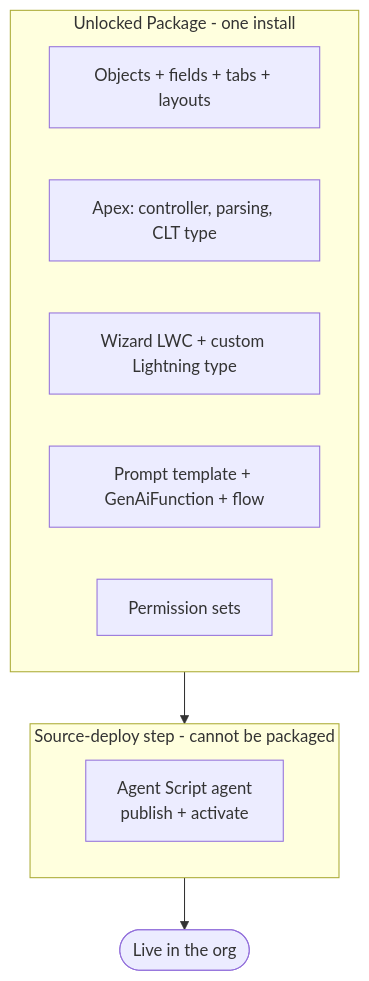
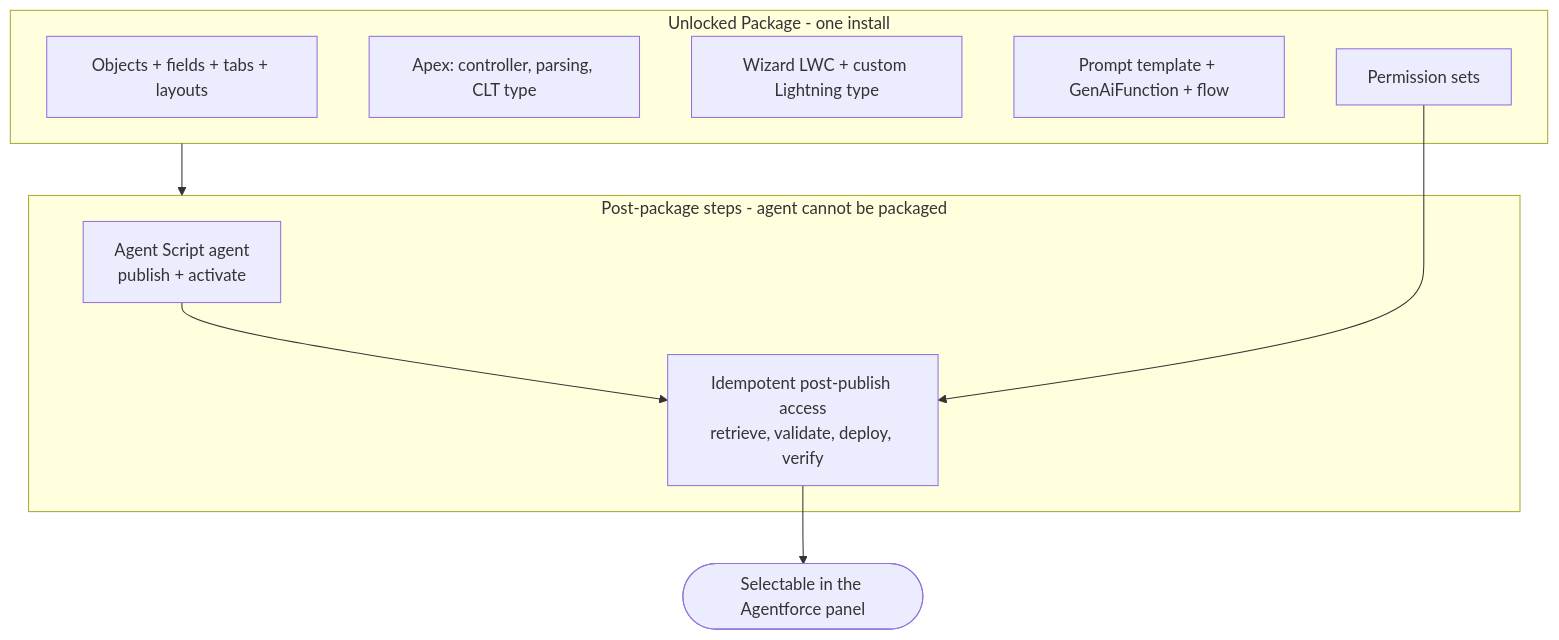
Before and after one commit to salesforce/Resume_Parser: the sixth of 6 diagrams in RESUME_PARSER_ARCHITECTURE.md, drawn with Mermaid. The commit also changed other lines of this file and 22 other files, not shown here.

````diff
--- a/RESUME_PARSER_ARCHITECTURE.md
+++ b/RESUME_PARSER_ARCHITECTURE.md
@@ -199,15 +235,18 @@
 ```mermaid
 flowchart TD
     subgraph PKG [Unlocked Package - one install]
       OBJ[Objects + fields + tabs + layouts]
       APX[Apex: controller, parsing, CLT type]
       LWC[Wizard LWC + custom Lightning type]
       PT[Prompt template + GenAiFunction + flow]
       PS[Permission sets]
     end
-    subgraph STEP [Source-deploy step - cannot be packaged]
+    subgraph STEP [Post-package steps - agent cannot be packaged]
       AGENT[Agent Script agent<br/>publish + activate]
+      ACCESS[Idempotent post-publish access<br/>retrieve, validate, deploy, verify]
+      AGENT --> ACCESS
     end
     PKG --> STEP
-    STEP --> LIVE([Live in the org])
+    PS --> ACCESS
+    ACCESS --> LIVE([Selectable in the Agentforce panel])
 ```
````
